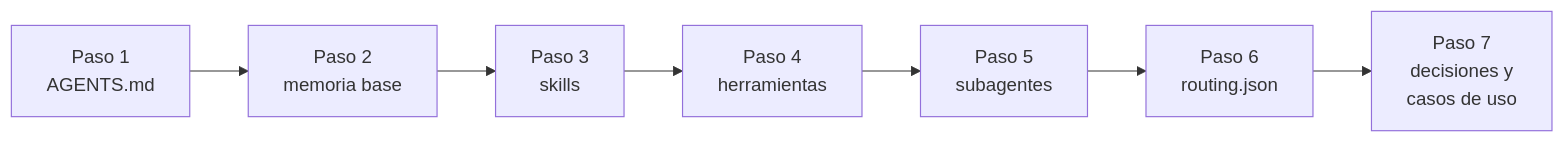
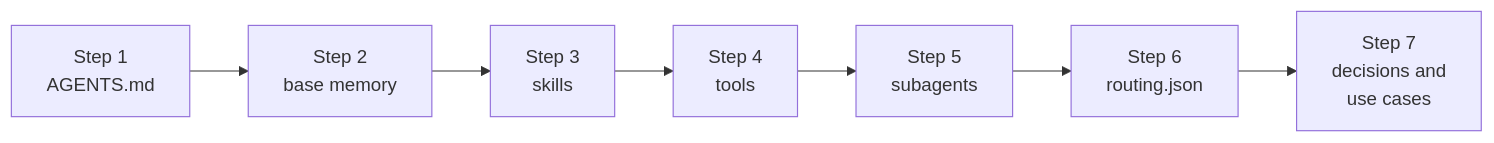
One commit to ada-school/ada-harness changed diagram 14 of 15 in README.md. Above: the diagram before and after it, drawn with Mermaid. The commit also changed other lines of this file and 95 other files, not shown here.

````diff
--- a/README.md
+++ b/README.md
@@ -660,4 +690,4 @@
 ```mermaid
 flowchart LR
-    P1["Paso 1<br/>AGENTS.md"] --> P2["Paso 2<br/>memoria base"] --> P3["Paso 3<br/>skills"] --> P4["Paso 4<br/>herramientas"] --> P5["Paso 5<br/>subagentes"] --> P6["Paso 6<br/>routing.json"] --> P7["Paso 7<br/>decisiones y<br/>casos de uso"]
+    P1["Step 1<br/>AGENTS.md"] --> P2["Step 2<br/>base memory"] --> P3["Step 3<br/>skills"] --> P4["Step 4<br/>tools"] --> P5["Step 5<br/>subagents"] --> P6["Step 6<br/>routing.json"] --> P7["Step 7<br/>decisions and<br/>use cases"]
 ```
````
